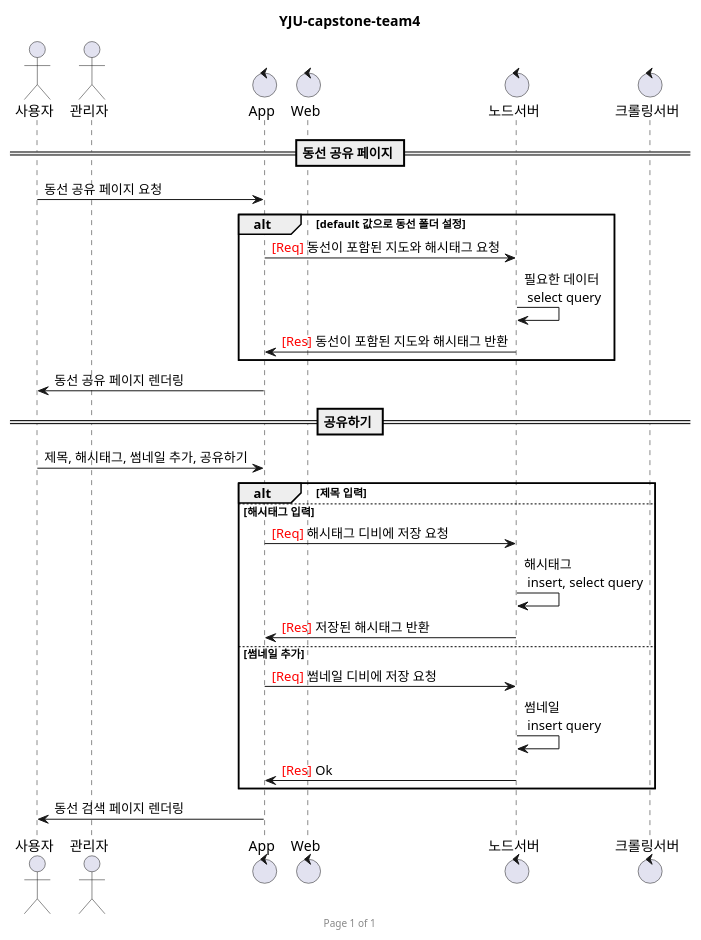
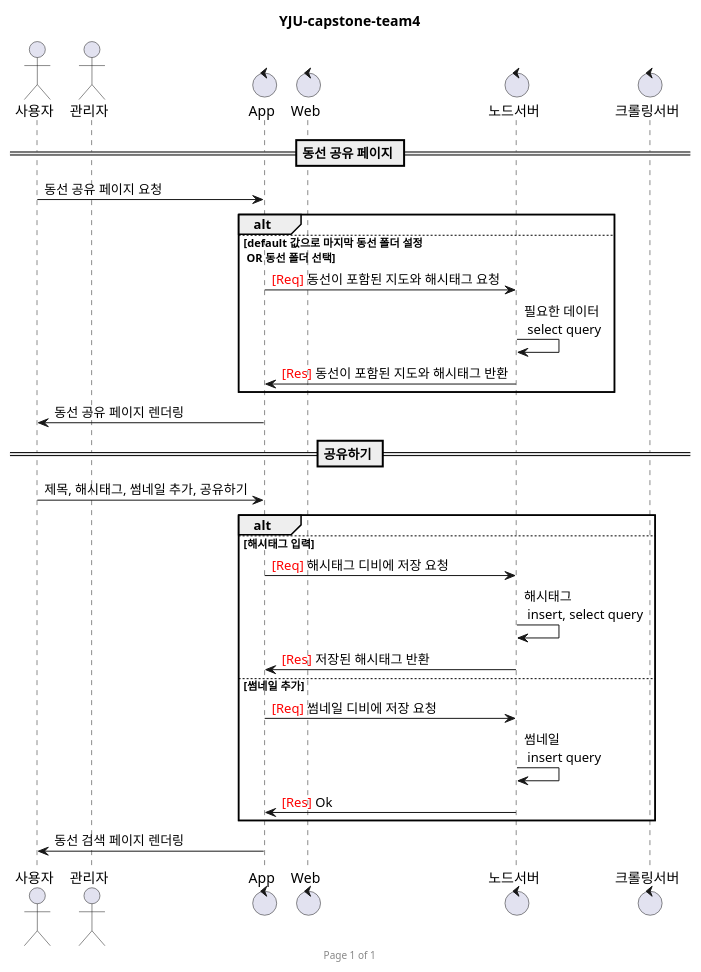
Before and after one commit to Samsam-lee/React.js-project-AdminWeb: the diagram in share_course.wsd, drawn with PlantUML. The commit also changed 1 other file, not shown here.

```diff
--- a/share_course.wsd
+++ b/share_course.wsd
@@ -1,36 +1,37 @@
 @startuml
 
 title YJU-capstone-team4
 footer Page %page% of %lastpage%
 
 actor 사용자 as User
 actor 관리자 as Admin
 
 control App
 control Web
 control 노드서버 as Node
 control 크롤링서버 as Lamda
 
 == 동선 공유 페이지 ==
 User -> App : 동선 공유 페이지 요청
-    alt default 값으로 동선 폴더 설정
+    alt 
+    else default 값으로 마지막 동선 폴더 설정 \n OR 동선 폴더 선택
         App -> Node : <font color=red>[Req]</font> 동선이 포함된 지도와 해시태그 요청
             Node -> Node : 필요한 데이터 \n select query
         Node -> App : <font color=red>[Res]</font> 동선이 포함된 지도와 해시태그 반환
     end
 App -> User : 동선 공유 페이지 렌더링
 
 == 공유하기 ==
 User -> App : 제목, 해시태그, 썸네일 추가, 공유하기
-    alt 제목 입력
+    alt 
     else 해시태그 입력
         App -> Node : <font color=red>[Req]</font> 해시태그 디비에 저장 요청
             Node -> Node : 해시태그 \n insert, select query
         Node -> App : <font color=red>[Res]</font> 저장된 해시태그 반환
     else 썸네일 추가
         App -> Node : <font color=red>[Req]</font> 썸네일 디비에 저장 요청
             Node -> Node : 썸네일 \n insert query
         Node -> App : <font color=red>[Res]</font> Ok
     end
 App -> User : 동선 검색 페이지 렌더링
 @enduml
```
